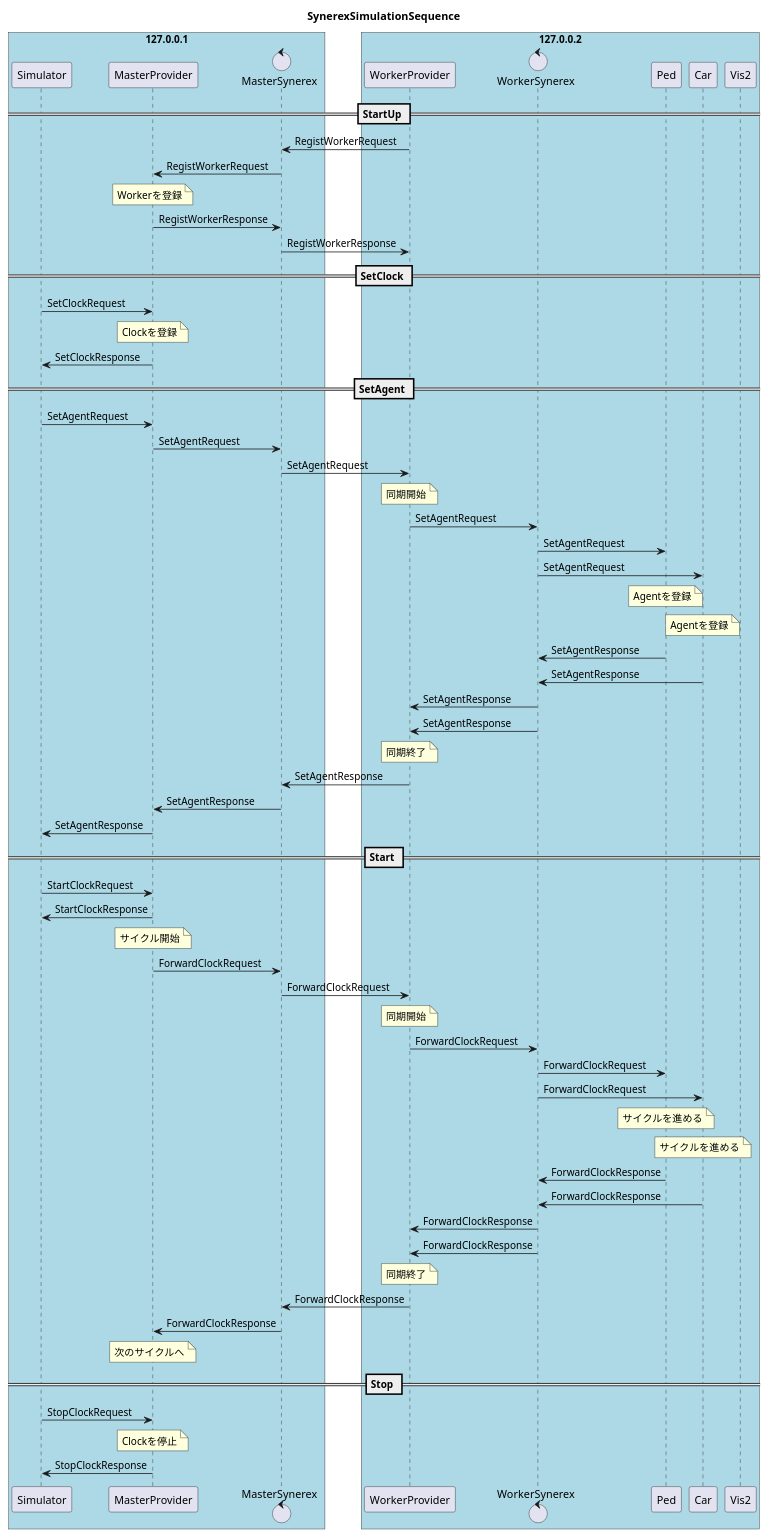
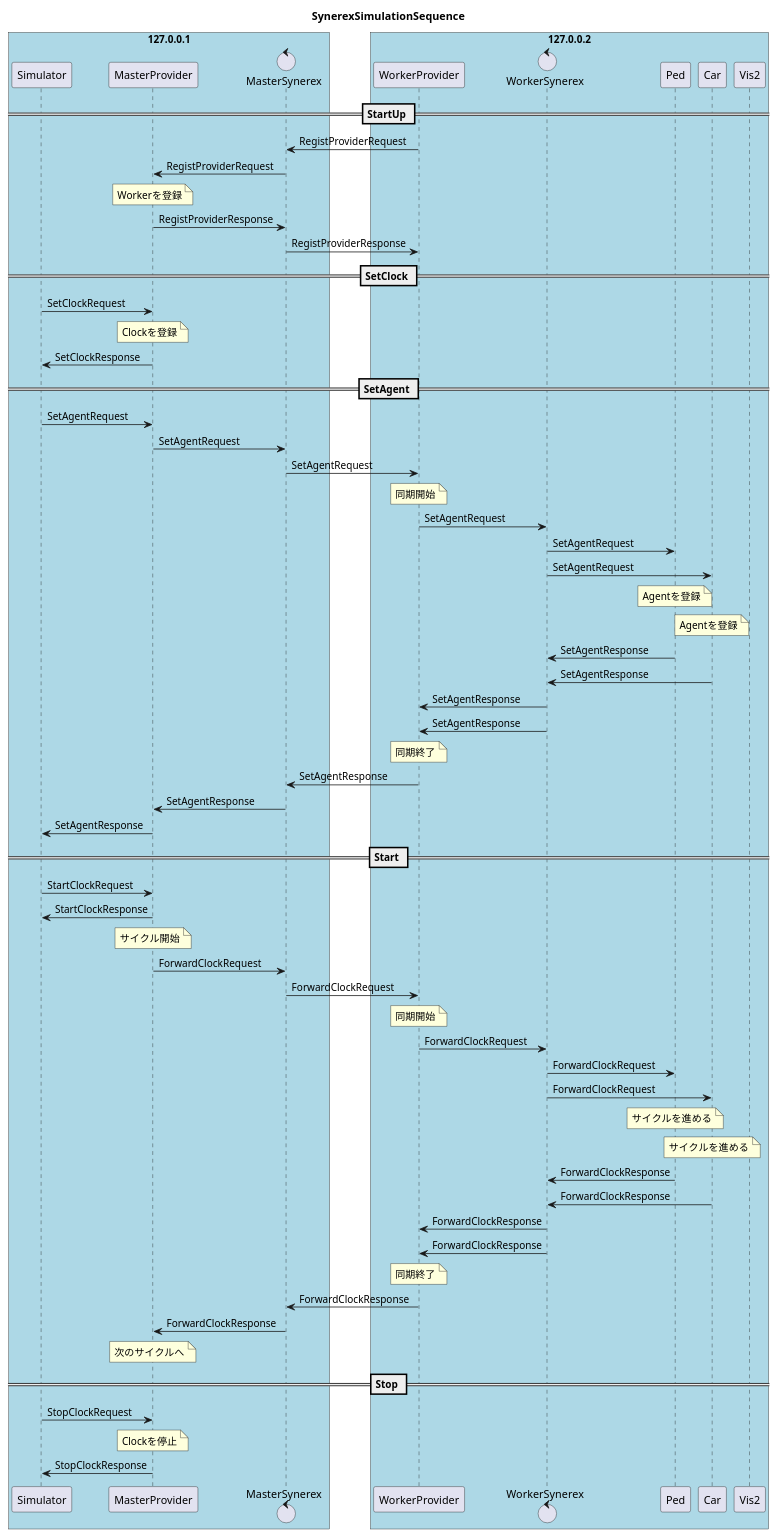
The diagram in provider/SynerexSimulationSequence5.pu (RuiHirano/synerex_simulation), drawn with PlantUML before and after one commit. The commit also changed other lines of this file and 27 other files, not shown here.

```diff
--- a/provider/SynerexSimulationSequence5.pu
+++ b/provider/SynerexSimulationSequence5.pu
@@ -3,100 +3,100 @@
 @startuml
 
 '12/23までに行うこと'
 'Todo: geojson通りに壁を設置する'
 'FIX: エージェントの動きがおかしい'
 'Todo: geojson内にエージェントをランダムに設置'
 'Todo: geojson内のランダムな地点へ移動'
 'FIX: Pedestrianを停止するとscenarioまで停止してしまう'
 'Todo: daemon,モニタ上で操作できるようにする'
 'Todo: 連携するエリアの大きさプロバイダ数の自動調整'
 
 '2/3-
 'Todo: StartUp OK
 'Todo: SetClock
 'Todo: SetAgents
 'Todo: Start
 
 'http://plantuml.com/ja/guide'
 
 
 title SynerexSimulationSequence
 
 
 box "127.0.0.1" #LightBlue
 participant Simulator
 participant MasterProvider
 control MasterSynerex
 end box 
 
 box "127.0.0.2" #LightBlue
 participant WorkerProvider
 control WorkerSynerex
 participant Ped
 participant Car
 participant Vis2
 end box 
 
 == StartUp ==
-WorkerProvider->MasterSynerex: RegistWorkerRequest
-MasterSynerex->MasterProvider: RegistWorkerRequest
+WorkerProvider->MasterSynerex: RegistProviderRequest
+MasterSynerex->MasterProvider: RegistProviderRequest
 note over MasterProvider: Workerを登録
-MasterProvider->MasterSynerex: RegistWorkerResponse
-MasterSynerex->WorkerProvider: RegistWorkerResponse
+MasterProvider->MasterSynerex: RegistProviderResponse
+MasterSynerex->WorkerProvider: RegistProviderResponse
 
 == SetClock ==
 Simulator->MasterProvider: SetClockRequest
 note over MasterProvider: Clockを登録
 MasterProvider->Simulator: SetClockResponse
 
 == SetAgent ==
 Simulator->MasterProvider: SetAgentRequest
 MasterProvider->MasterSynerex: SetAgentRequest
 MasterSynerex->WorkerProvider: SetAgentRequest
 
 note over WorkerProvider: 同期開始
 WorkerProvider->WorkerSynerex: SetAgentRequest
 WorkerSynerex->Ped: SetAgentRequest
 WorkerSynerex->Car: SetAgentRequest
 note over Ped: Agentを登録
 note over Car: Agentを登録
 Ped->WorkerSynerex: SetAgentResponse
 Car->WorkerSynerex: SetAgentResponse
 WorkerSynerex->WorkerProvider: SetAgentResponse
 WorkerSynerex->WorkerProvider: SetAgentResponse
 note over WorkerProvider: 同期終了
 
 WorkerProvider->MasterSynerex: SetAgentResponse
 MasterSynerex->MasterProvider: SetAgentResponse
 MasterProvider->Simulator: SetAgentResponse
 
 == Start ==
 Simulator->MasterProvider: StartClockRequest
 MasterProvider->Simulator: StartClockResponse
 
 note over MasterProvider: サイクル開始
 MasterProvider->MasterSynerex: ForwardClockRequest
 MasterSynerex->WorkerProvider: ForwardClockRequest
 
 note over WorkerProvider: 同期開始
 WorkerProvider->WorkerSynerex: ForwardClockRequest
 WorkerSynerex->Ped: ForwardClockRequest
 WorkerSynerex->Car: ForwardClockRequest
 note over Ped: サイクルを進める
 note over Car: サイクルを進める
 Ped->WorkerSynerex: ForwardClockResponse
 Car->WorkerSynerex: ForwardClockResponse
 WorkerSynerex->WorkerProvider: ForwardClockResponse
 WorkerSynerex->WorkerProvider: ForwardClockResponse
 note over WorkerProvider: 同期終了
 
 WorkerProvider->MasterSynerex: ForwardClockResponse
 MasterSynerex->MasterProvider: ForwardClockResponse
 note over MasterProvider: 次のサイクルへ
 
 == Stop ==
 Simulator->MasterProvider: StopClockRequest
 note over MasterProvider: Clockを停止
 MasterProvider->Simulator: StopClockResponse
 
 @enduml
```
